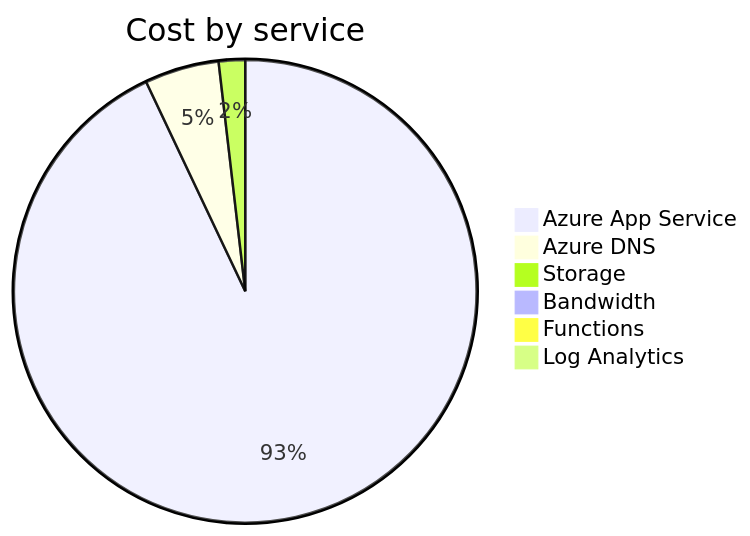
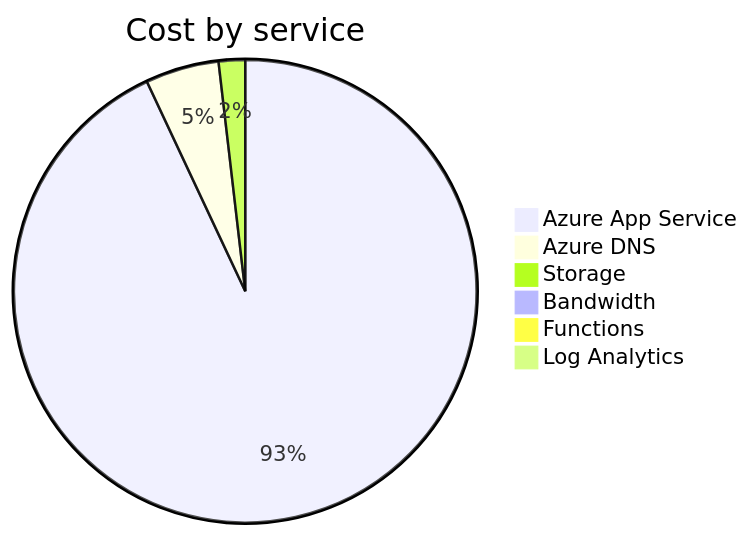
The second of 4 diagrams in cost-reports/accumulated-cost.md (jpfulton/azure-personal-reports), drawn with Mermaid before and after one commit. The commit also changed other lines of this file and 4 other files, not shown here.

````diff
--- a/cost-reports/accumulated-cost.md
+++ b/cost-reports/accumulated-cost.md
@@ -98,10 +98,10 @@
 ```mermaid
 pie
    title Cost by service
-   "Azure App Service" : 11.10
-   "Azure DNS" : 0.62
-   "Storage" : 0.22
+   "Azure App Service" : 11.59
+   "Azure DNS" : 0.64
+   "Storage" : 0.23
    "Bandwidth" : 0.00
    "Functions" : 0.00
    "Log Analytics" : 0.00
 ```
````
